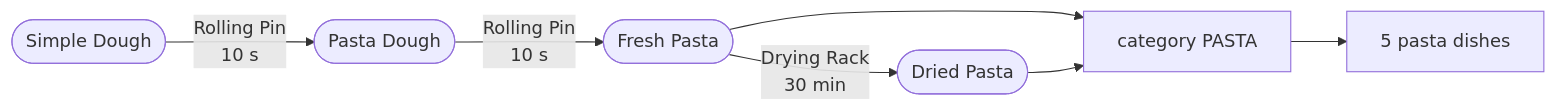
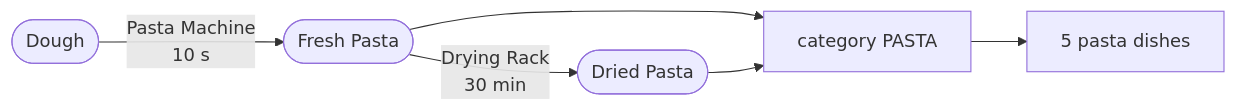
Before and after one commit to Psyern/Psyerns_ChefZ: the second of 13 diagrams in ChefZ_Wiki/Production-Chains.md, drawn with Mermaid. The commit also changed other lines of this file and 18 other files, not shown here.

````diff
--- a/ChefZ_Wiki/Production-Chains.md
+++ b/ChefZ_Wiki/Production-Chains.md
@@ -42,9 +42,8 @@
 ```mermaid
 graph LR
-  SD(["Simple Dough"]) -->|"Rolling Pin<br/>10 s"| PD(["Pasta Dough"])
-  PD -->|"Rolling Pin<br/>10 s"| RP(["Fresh Pasta"])
+  SD(["Dough"]) -->|"Pasta Machine<br/>10 s"| RP(["Fresh Pasta"])
   RP -->|"Drying Rack<br/>30 min"| DP(["Dried Pasta"])
   RP --> PASTA["category PASTA"]
   DP --> PASTA
   PASTA --> D["5 pasta dishes"]
 ```
````
